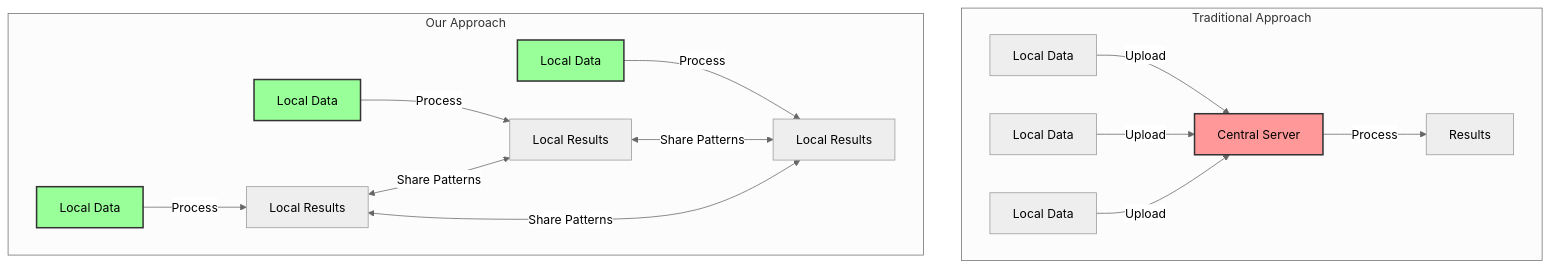
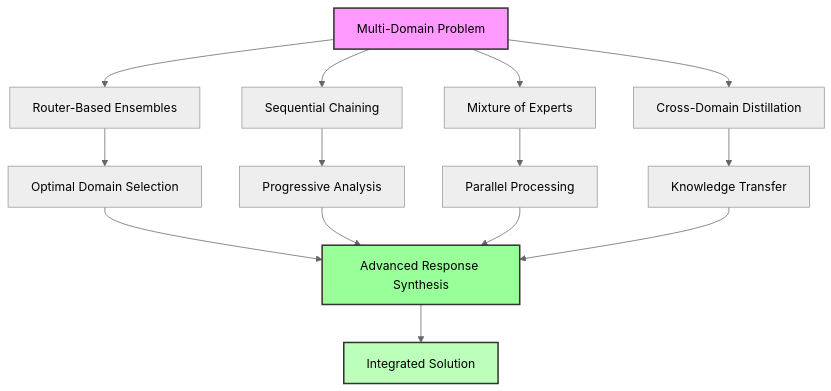
The third of 4 diagrams in README.md (fullscreen-triangle/bloodhound), drawn with Mermaid (neutral theme) before and after one commit. The commit also changed other lines of this file and 31 other files, not shown here.

````diff
--- a/README.md
+++ b/README.md
@@ -224,23 +192,23 @@
 ```mermaid
 graph TD
-    subgraph "Traditional Approach"
-        A1[Local Data] -->|Upload| B1[Central Server]
-        C1[Local Data] -->|Upload| B1
-        D1[Local Data] -->|Upload| B1
-        B1 -->|Process| E1[Results]
-    end
+    A[Multi-Domain Problem] --> B[Router-Based Ensembles]
+    A --> C[Sequential Chaining]
+    A --> D[Mixture of Experts]
+    A --> E[Cross-Domain Distillation]
     
-    subgraph "Our Approach"
-        A2[Local Data] -->|Process| B2[Local Results]
-        C2[Local Data] -->|Process| D2[Local Results]
-        E2[Local Data] -->|Process| F2[Local Results]
-        B2 <-->|Share Patterns| D2
-        D2 <-->|Share Patterns| F2
-        F2 <-->|Share Patterns| B2
-    end
+    B --> F[Optimal Domain Selection]
+    C --> G[Progressive Analysis]
+    D --> H[Parallel Processing]
+    E --> I[Knowledge Transfer]
     
-    style B1 fill:#f99,stroke:#333,stroke-width:2px
-    style A2 fill:#9f9,stroke:#333,stroke-width:2px
-    style C2 fill:#9f9,stroke:#333,stroke-width:2px
-    style E2 fill:#9f9,stroke:#333,stroke-width:2px
+    F --> J[Advanced Response Synthesis]
+    G --> J
+    H --> J
+    I --> J
+    
+    J --> K[Integrated Solution]
+    
+    style A fill:#f9f,stroke:#333,stroke-width:2px
+    style J fill:#9f9,stroke:#333,stroke-width:2px
+    style K fill:#bfb,stroke:#333,stroke-width:2px
 ```
````
